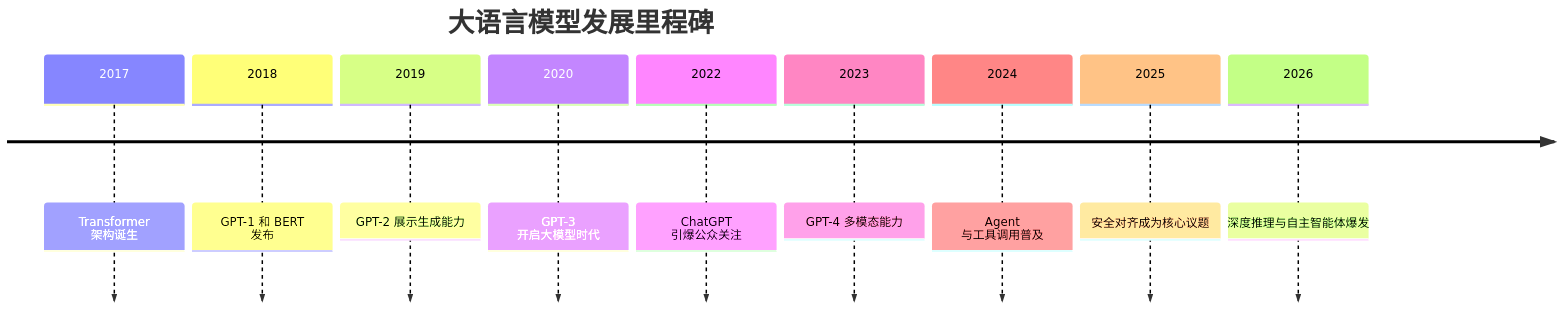
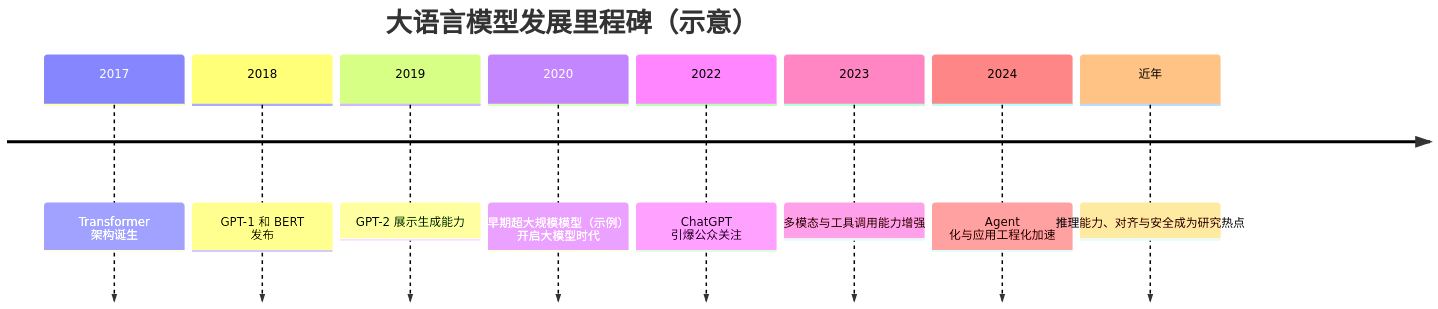
The diagram in 01_intro/1.1_llm_overview.md (yeasy/ai_security_guide), drawn with Mermaid before and after one commit. The commit also changed other lines of this file and 66 other files, not shown here.

````diff
--- a/01_intro/1.1_llm_overview.md
+++ b/01_intro/1.1_llm_overview.md
@@ -23,13 +25,12 @@
 ```mermaid
 timeline
-    title 大语言模型发展里程碑
+    title 大语言模型发展里程碑（示意）
     2017 : Transformer 架构诞生
     2018 : GPT-1 和 BERT 发布
     2019 : GPT-2 展示生成能力
-    2020 : GPT-3 开启大模型时代
+    2020 : 早期超大规模模型（示例） 开启大模型时代
     2022 : ChatGPT 引爆公众关注
-    2023 : GPT-4 多模态能力
-    2024 : Agent 与工具调用普及
-    2025 : 安全对齐成为核心议题
-    2026 : 深度推理与自主智能体爆发
+    2023 : 多模态与工具调用能力增强
+    2024 : Agent 化与应用工程化加速
+    近年 : 推理能力、对齐与安全成为研究热点
 ```
````
